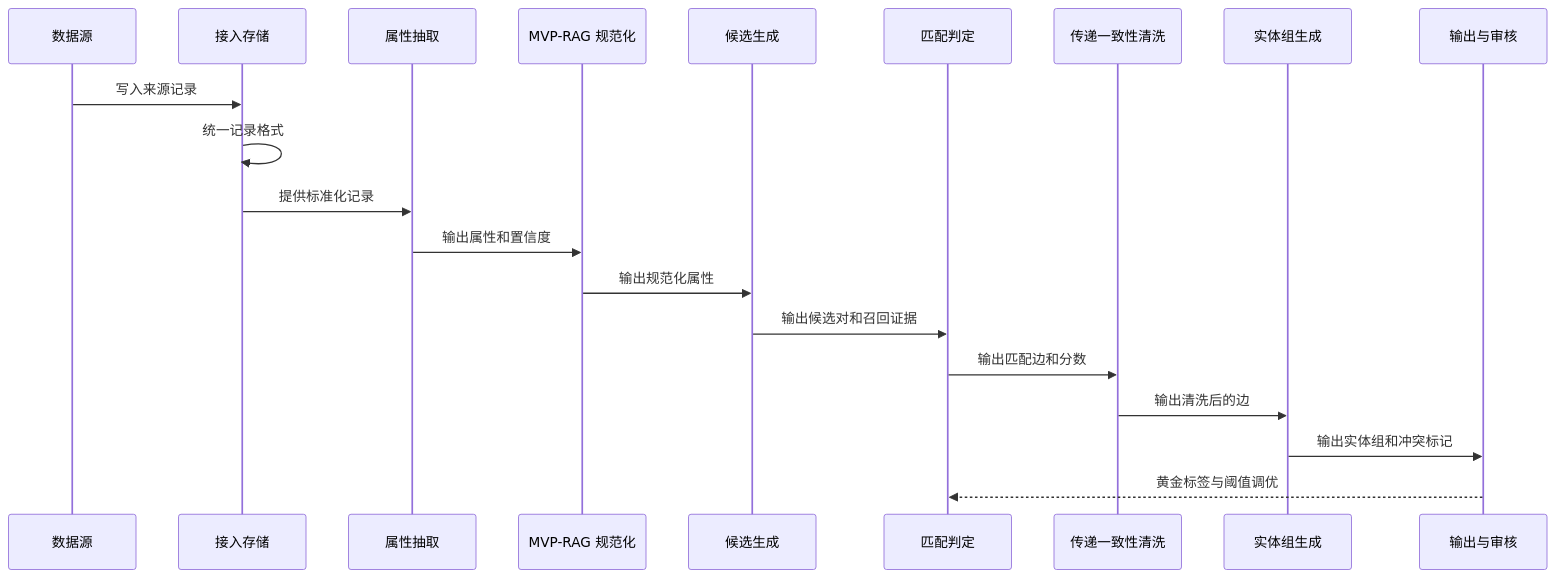
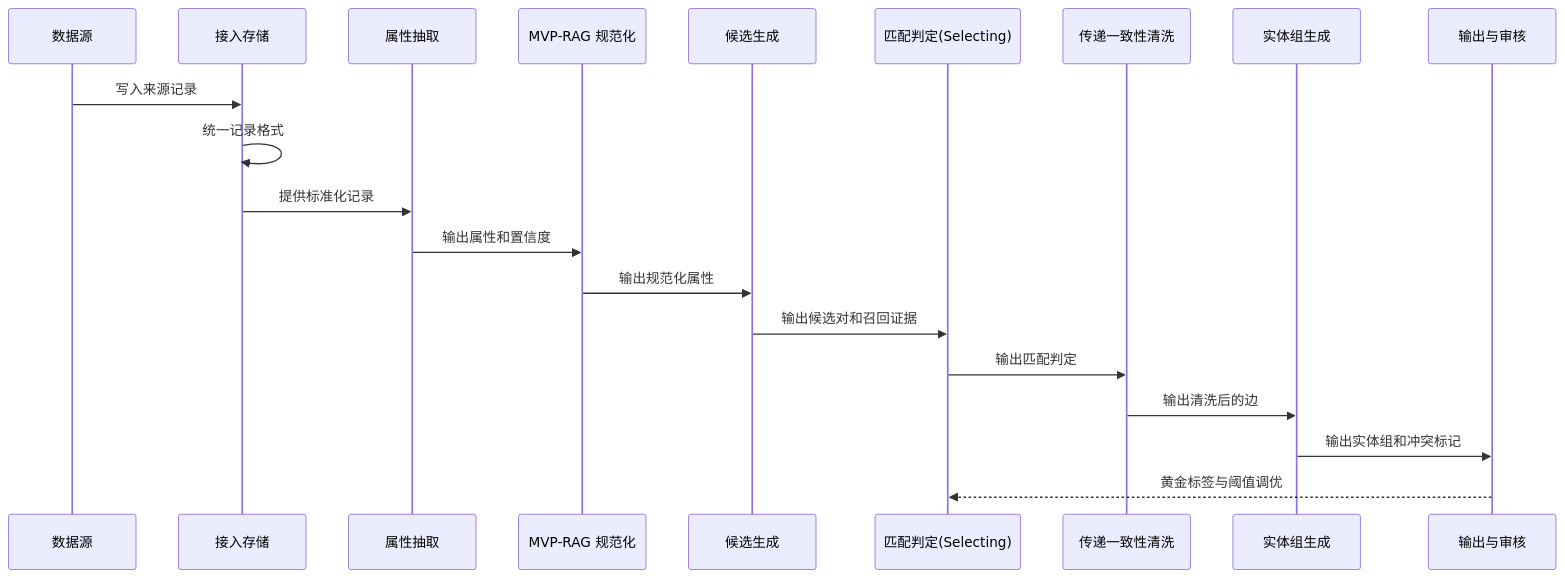
One commit to WorkerXu/my-doc changed the second of 5 diagrams in 多来源商品数据合并系统设计.md. Above: the diagram before and after it, drawn with Mermaid. The commit also changed other lines of this file, not shown here.

Commit message:
设计: 候选证据并入候选生成，匹配判定改为 DeepSeek Selecting

````diff
--- a/多来源商品数据合并系统设计.md
+++ b/多来源商品数据合并系统设计.md
@@ -64,23 +64,23 @@
 ```mermaid
 sequenceDiagram
     participant SRC as 数据源
     participant ING as 接入存储
     participant EXT as 属性抽取
     participant NORM as MVP-RAG 规范化
     participant BLK as 候选生成
-    participant MAT as 匹配判定
+    participant MAT as 匹配判定(Selecting)
     participant CLN as 传递一致性清洗
     participant GRP as 实体组生成
     participant OUT as 输出与审核
 
     SRC->>ING: 写入来源记录
     ING->>ING: 统一记录格式
     ING->>EXT: 提供标准化记录
     EXT->>NORM: 输出属性和置信度
     NORM->>BLK: 输出规范化属性
     BLK->>MAT: 输出候选对和召回证据
-    MAT->>CLN: 输出匹配边和分数
+    MAT->>CLN: 输出匹配判定
     CLN->>GRP: 输出清洗后的边
     GRP->>OUT: 输出实体组和冲突标记
     OUT-->>MAT: 黄金标签与阈值调优
 ```
````
